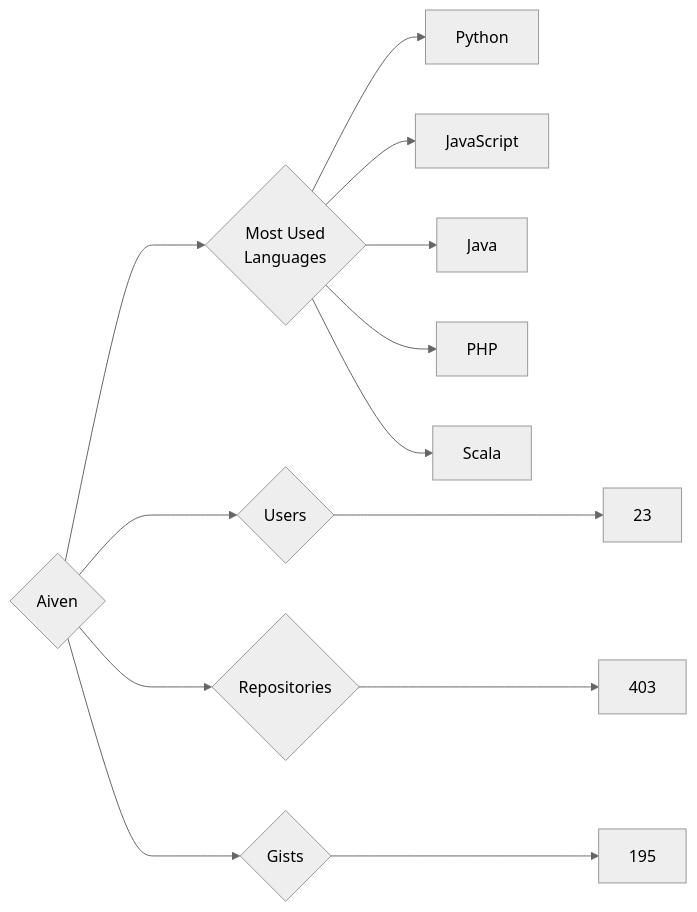
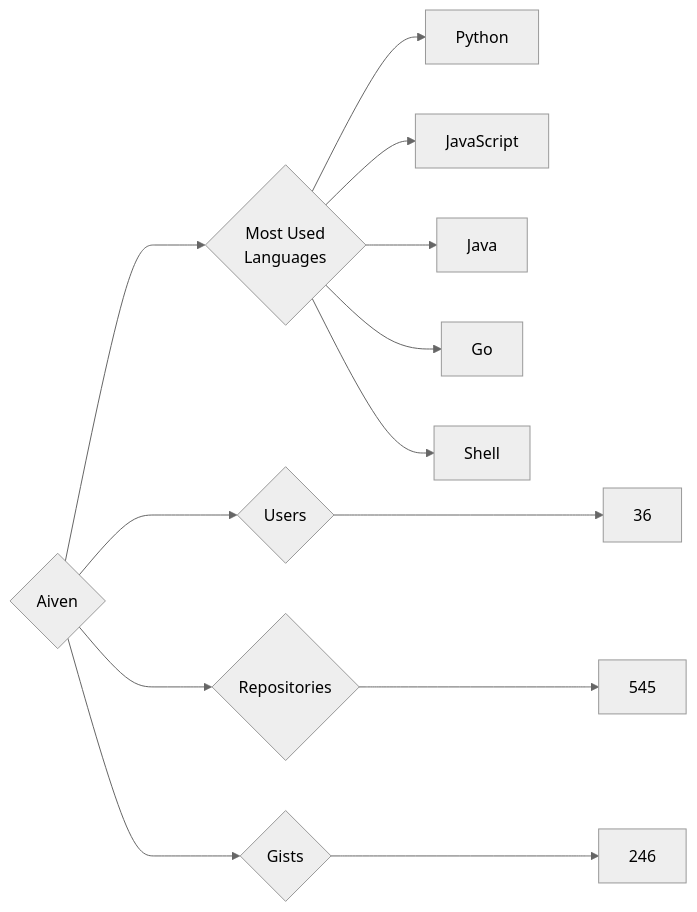
Before and after one commit to trickest/insiders: the diagram in targets/Aiven/README.md, drawn with Mermaid (neutral theme). The commit also changed 823 other files, not shown here.

````diff
--- a/targets/Aiven/README.md
+++ b/targets/Aiven/README.md
@@ -3,13 +3,13 @@
 ```mermaid
 graph LR
 COMPANY_NAME{Aiven}
-COMPANY_NAME ---> U{Users} ---> UN[23]
-COMPANY_NAME ---> R{Repositories} ---> RN[403]
-COMPANY_NAME ---> G{Gists} ---> GN[195]
+COMPANY_NAME ---> U{Users} ---> UN[36]
+COMPANY_NAME ---> R{Repositories} ---> RN[545]
+COMPANY_NAME ---> G{Gists} ---> GN[246]
 COMPANY_NAME ---> ML{Most Used<br>Languages}
 ML --> Python[Python]
 ML --> JavaScript[JavaScript]
 ML --> Java[Java]
-ML --> PHP[PHP]
-ML --> Scala[Scala]
+ML --> Go[Go]
+ML --> Shell[Shell]
 ```
````
